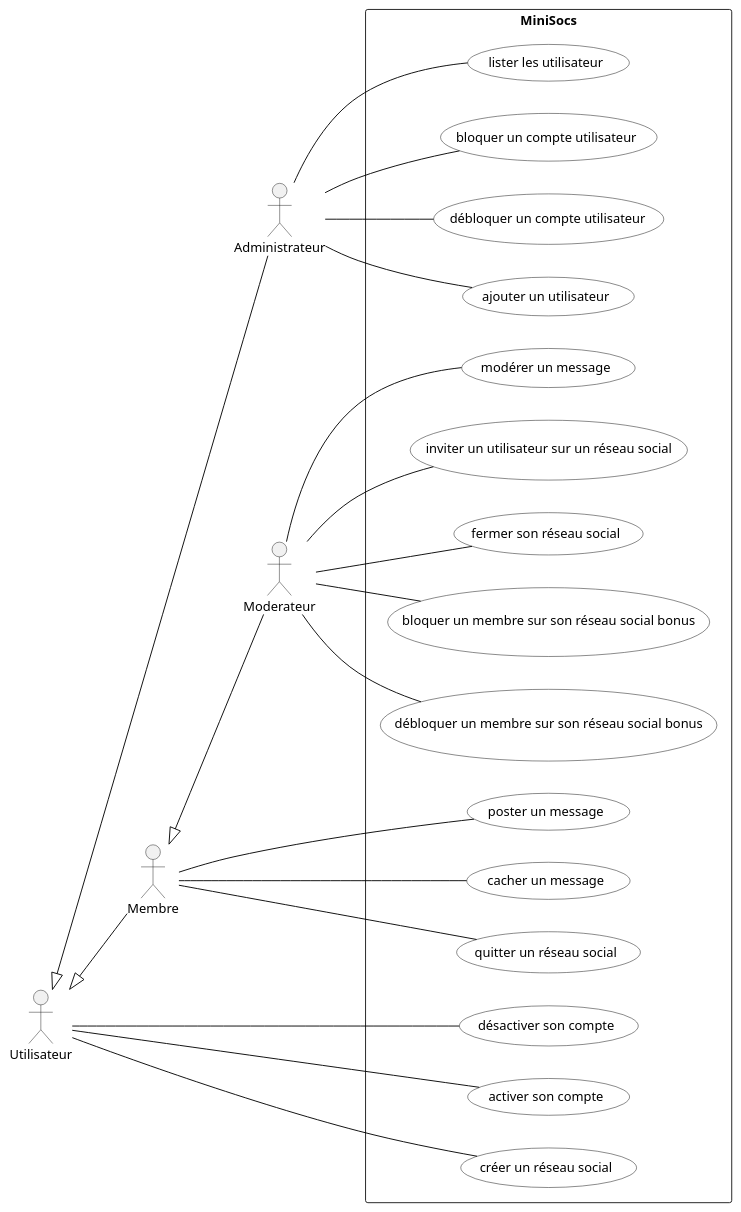
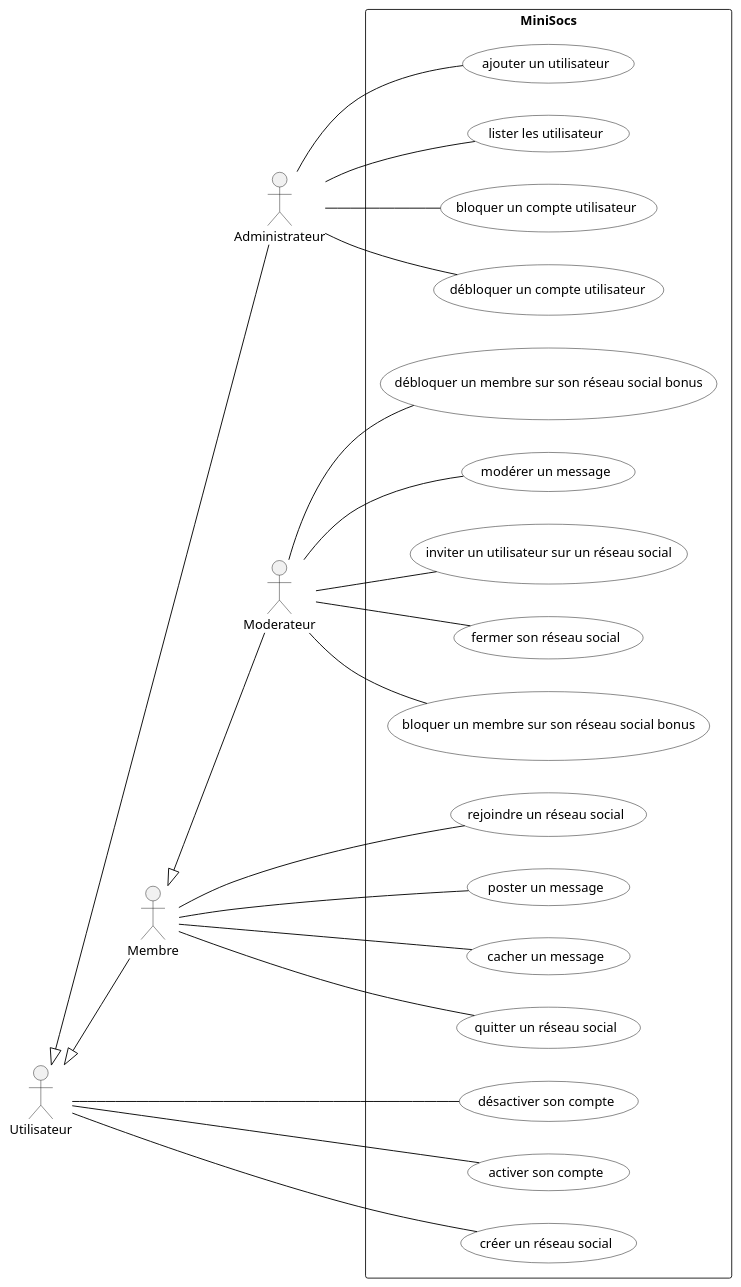
One commit to lukalafaye/MiniSocs changed the diagram in Diagrammes/minisocs_uml_diag_cas_utilisation.pu. Above: the diagram before and after it, drawn with PlantUML. The commit also changed 7 other files, not shown here.

```diff
--- a/Diagrammes/minisocs_uml_diag_cas_utilisation.pu
+++ b/Diagrammes/minisocs_uml_diag_cas_utilisation.pu
@@ -1,46 +1,47 @@
 @startuml
 
 'Diagramme de cas d'utilisation (PlantUML)'
 
 'Configuration charte graphique'
 skinparam usecase {
 BackgroundColor White
 BorderColor Black
 ArrowColor Black
 ActorBackgroundColor<< Human >> Gold
 }
 
 left to right direction
 
 'Déclaration des acteurs :'
 actor Administrateur
 actor Utilisateur
 actor Membre
 actor Moderateur
 Utilisateur <|-- Administrateur
 Membre      <|-- Moderateur
 Utilisateur <|-- Membre
 
 'Déclaration des cas d'utilisation dans le système'
 rectangle "MiniSocs" {
 :Administrateur: -- (ajouter un utilisateur)
 :Administrateur: -- (lister les utilisateur)
 :Administrateur: -- (bloquer un compte utilisateur)
 :Administrateur: -- (débloquer un compte utilisateur)
 
 :Utilisateur:    -- (désactiver son compte)
 :Utilisateur:    -- (activer son compte)
 :Utilisateur:    -- (créer un réseau social)
 
 :Moderateur:     -- (modérer un message)
 :Moderateur:     -- (inviter un utilisateur sur un réseau social) 
 :Moderateur:     -- (fermer son réseau social) 
 :Moderateur:     -- (bloquer un membre sur son réseau social bonus)
 :Moderateur:     -- (débloquer un membre sur son réseau social bonus)
 
+:Membre:         -- (rejoindre un réseau social)
 :Membre:         -- (poster un message)
 :Membre:         -- (cacher un message)
 :Membre:         -- (quitter un réseau social)
 }
 
 @enduml
```
